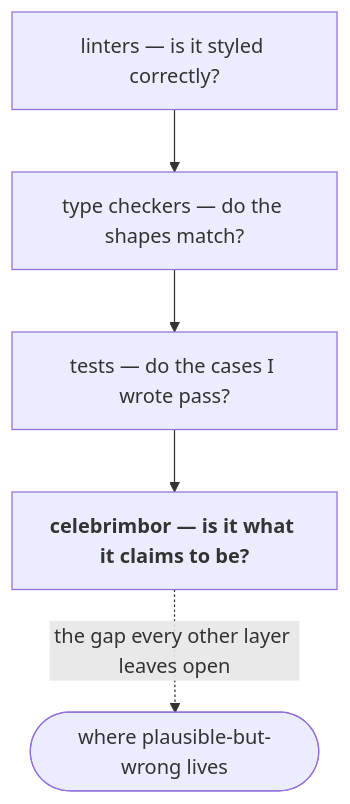
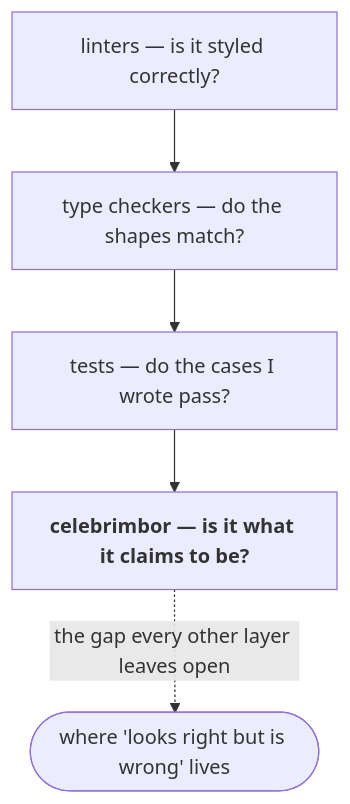
The diagram in docs/concepts/why.md (clintecker/celebrimbor), drawn with Mermaid before and after one commit. The commit also changed other lines of this file and 25 other files, not shown here.

````diff
--- a/docs/concepts/why.md
+++ b/docs/concepts/why.md
@@ -52,9 +52,9 @@
 ```mermaid
 flowchart TD
     A["linters — is it styled correctly?"]
     B["type checkers — do the shapes match?"]
     C["tests — do the cases I wrote pass?"]
     D["<b>celebrimbor — is it what it claims to be?</b>"]
     A --> B --> C --> D
-    D -.->|"the gap every other layer leaves open"| X(["where plausible-but-wrong lives"])
+    D -.->|"the gap every other layer leaves open"| X(["where 'looks right but is wrong' lives"])
 ```
````
